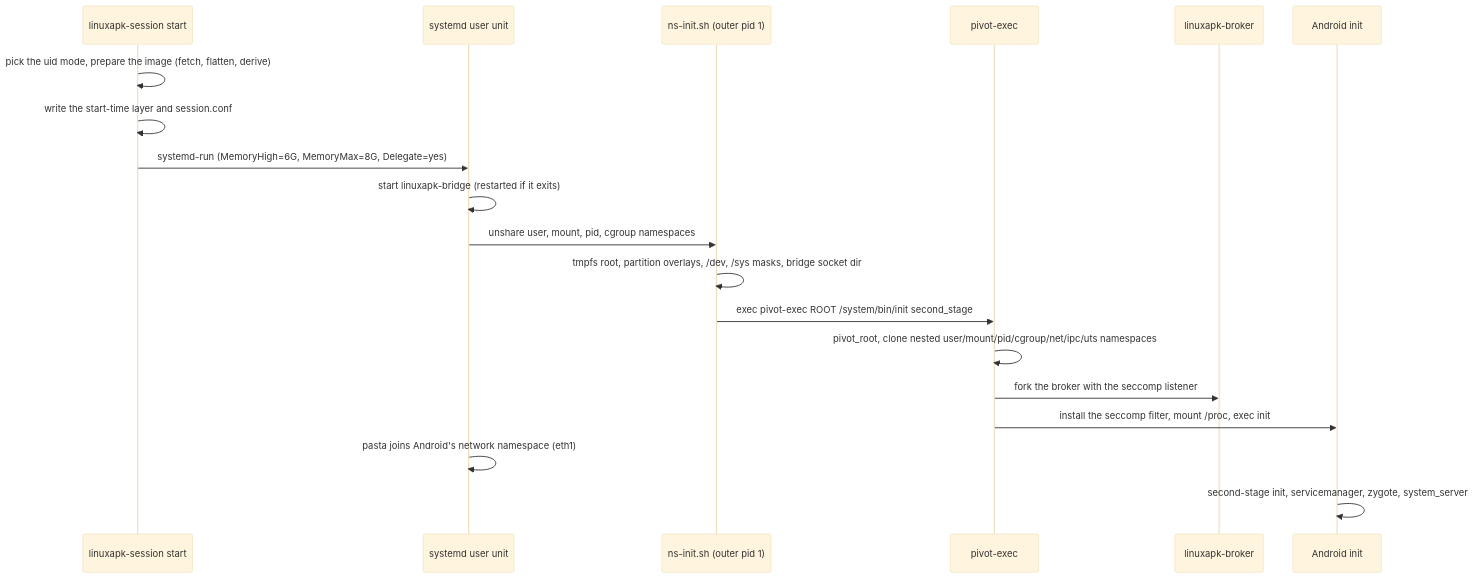
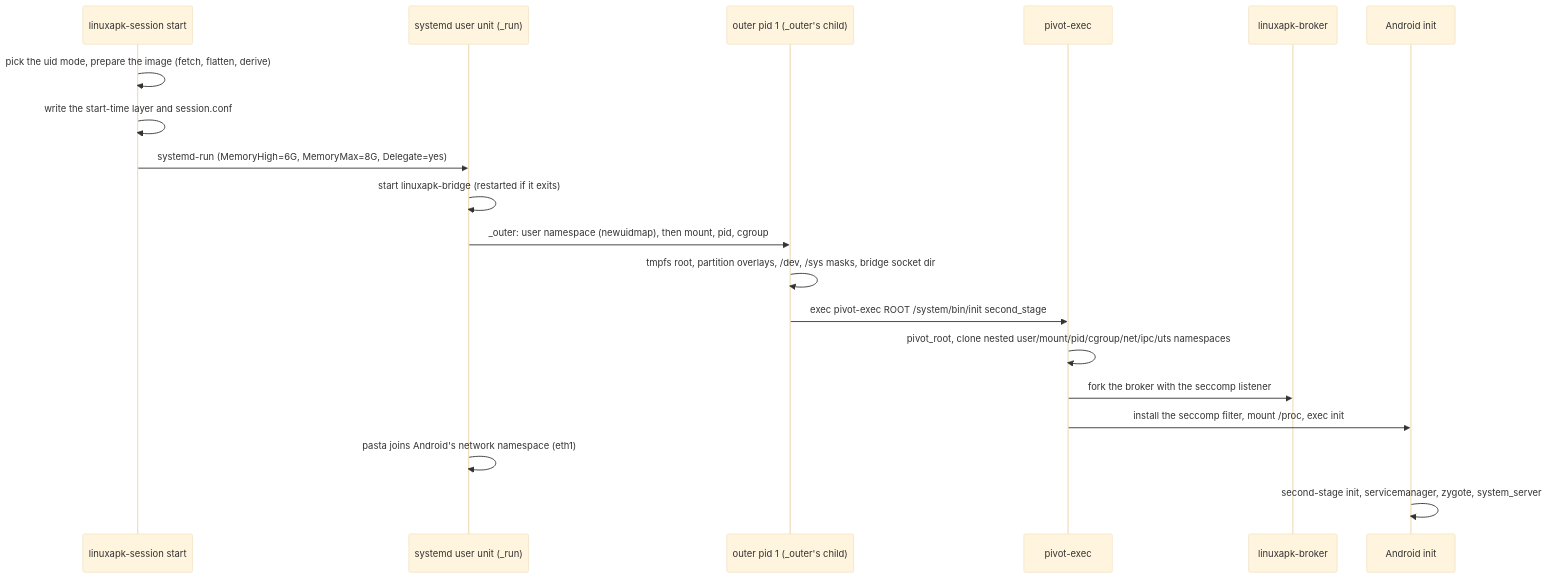
Before and after one commit to sargunv/innkeeper: the first of 3 diagrams in docs/session.md, drawn with Mermaid (base theme). The commit also changed other lines of this file and 18 other files, not shown here.

````diff
--- a/docs/session.md
+++ b/docs/session.md
@@ -10,21 +10,21 @@
 ```mermaid
 sequenceDiagram
   participant L as linuxapk-session start
-  participant U as systemd user unit
-  participant N as ns-init.sh (outer pid 1)
+  participant U as systemd user unit (_run)
+  participant N as outer pid 1 (_outer's child)
   participant P as pivot-exec
   participant B as linuxapk-broker
   participant I as Android init
   L->>L: pick the uid mode, prepare the image (fetch, flatten, derive)
   L->>L: write the start-time layer and session.conf
   L->>U: systemd-run (MemoryHigh=6G, MemoryMax=8G, Delegate=yes)
   U->>U: start linuxapk-bridge (restarted if it exits)
-  U->>N: unshare user, mount, pid, cgroup namespaces
+  U->>N: _outer: user namespace (newuidmap), then mount, pid, cgroup
   N->>N: tmpfs root, partition overlays, /dev, /sys masks, bridge socket dir
   N->>P: exec pivot-exec ROOT /system/bin/init second_stage
   P->>P: pivot_root, clone nested user/mount/pid/cgroup/net/ipc/uts namespaces
   P->>B: fork the broker with the seccomp listener
   P->>I: install the seccomp filter, mount /proc, exec init
   U->>U: pasta joins Android's network namespace (eth1)
   I->>I: second-stage init, servicemanager, zygote, system_server
 ```
````
